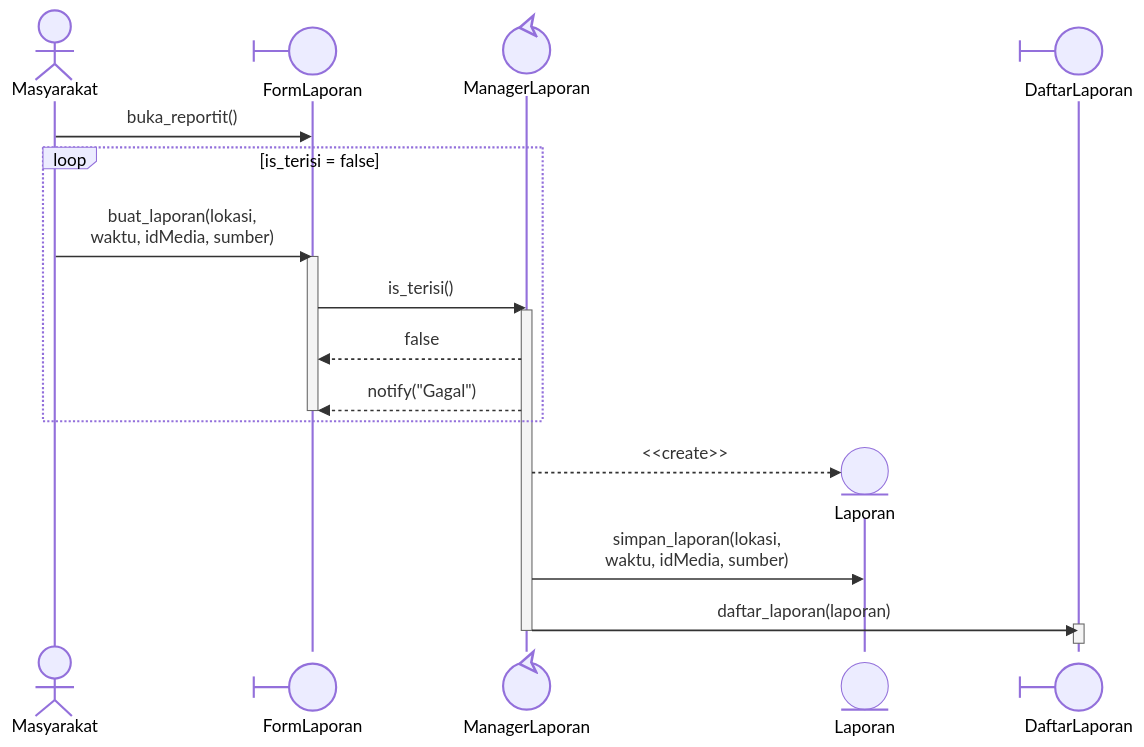
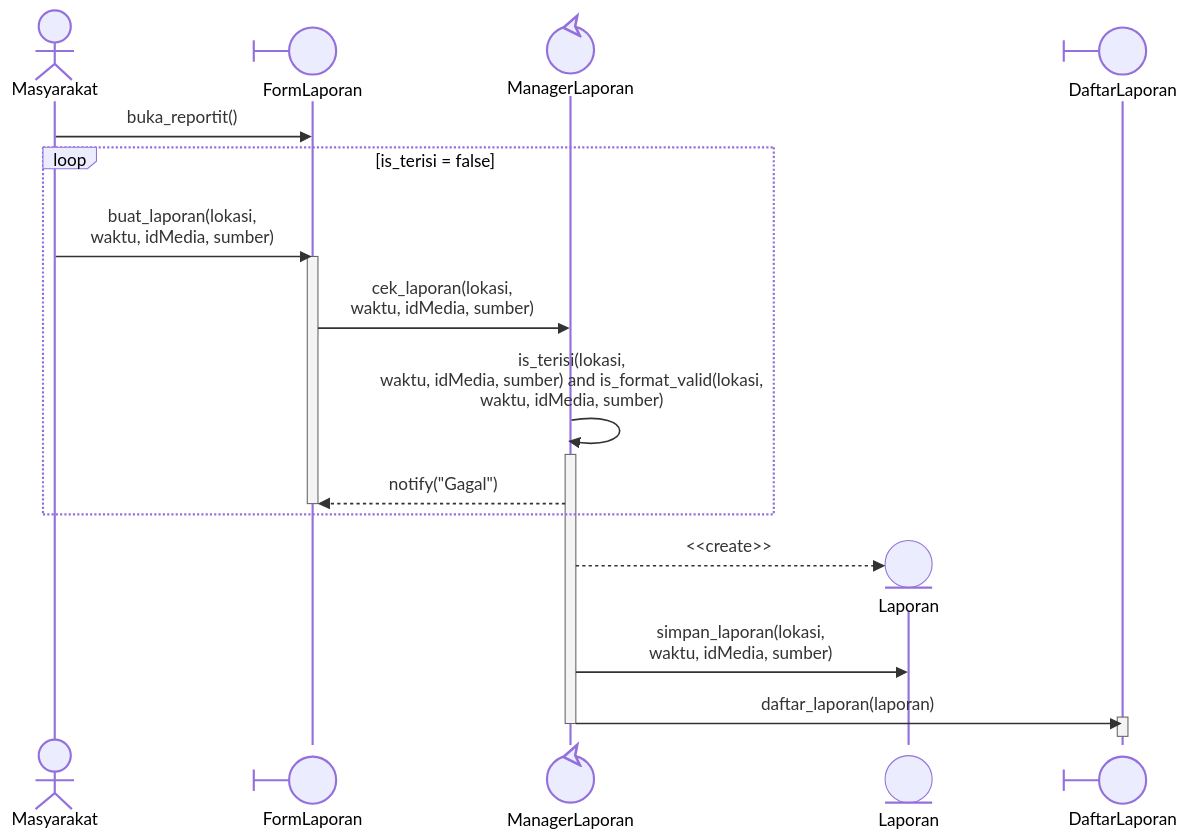
One commit to star-scripter/IF2150-RPL-K03-G02 changed the fifth of 29 diagrams in docs/M8/K03_G02_DPPL2.md. Above: the diagram before and after it, drawn with Mermaid. The commit also changed other lines of this file, not shown here.

````diff
--- a/docs/M8/K03_G02_DPPL2.md
+++ b/docs/M8/K03_G02_DPPL2.md
@@ -383,28 +383,28 @@
 ```mermaid
 %%{init: {'themeCSS': '.actor-line { stroke-dasharray: 4, 4; }'}}%%
 sequenceDiagram
     actor M as Masyarakat;
     participant FL@{"type":"boundary"} as FormLaporan;
     participant LC@{"type":"control"} as ManagerLaporan
 
     M->>FL: buka_reportit()
     loop is_terisi = false
         M->>FL: buat_laporan(lokasi, <br/>waktu, idMedia, sumber);
         activate FL;
-        FL->>LC: is_terisi()
+        FL->>LC: cek_laporan(lokasi, <br/>waktu, idMedia, sumber)
+        LC->>LC: is_terisi(lokasi, <br/>waktu, idMedia, sumber) and is_format_valid(lokasi, <br/>waktu, idMedia, sumber) 
         activate LC;
-        LC-->>FL: false
         LC-->>FL: notify("Gagal")
         deactivate FL;
     end
     
     create participant L@{"type":"entity"} as Laporan;
     LC-->>L: <<create>>
     LC->>L: simpan_laporan(lokasi, <br/>waktu, idMedia, sumber)
     
     participant DL@{"type":"boundary"} as DaftarLaporan;
     LC->>DL: daftar_laporan(laporan)
     activate DL;
     deactivate DL;
     deactivate LC;
 ```
````
